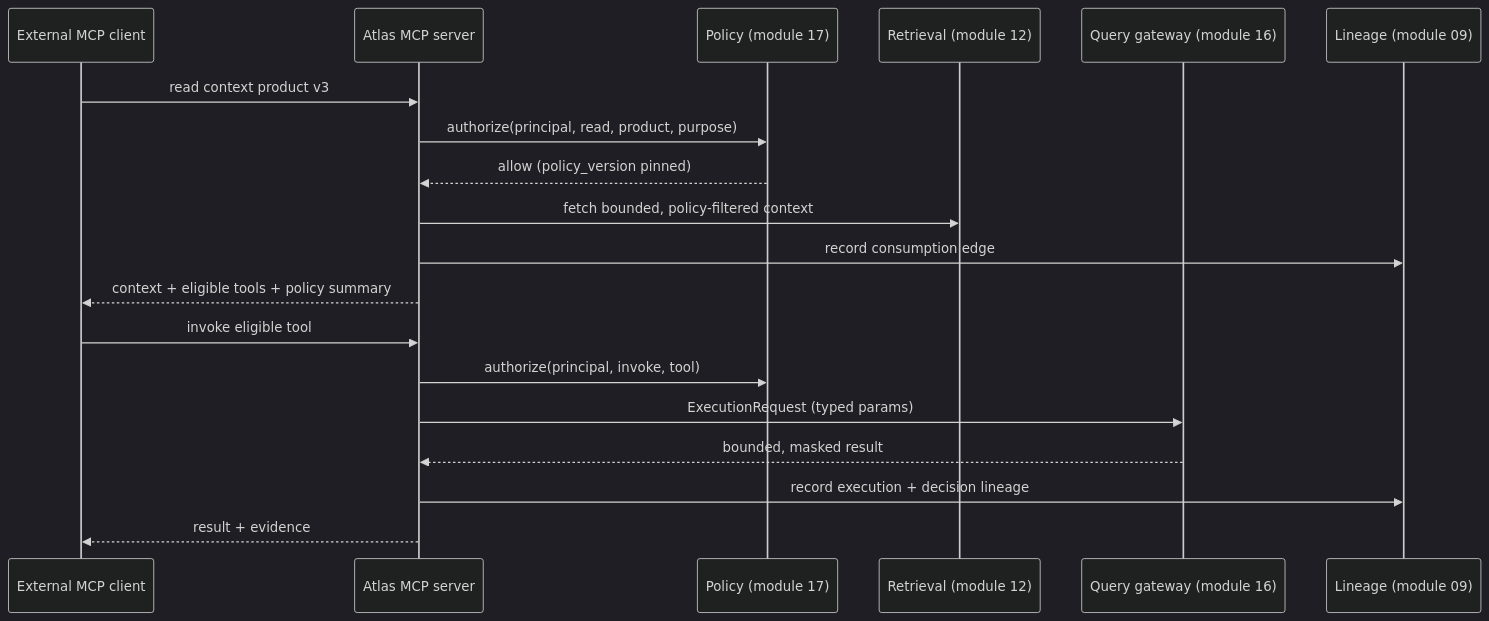
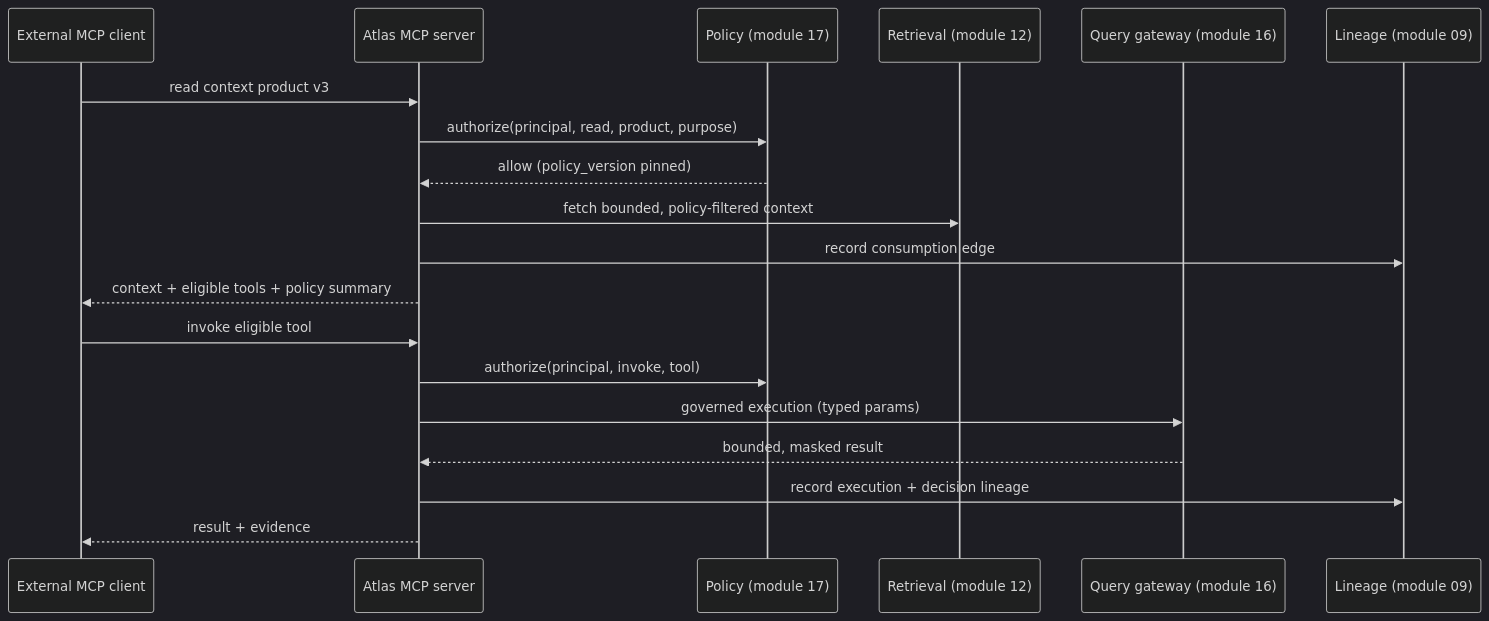
Before and after one commit to karuppusamym/AIDataAnalyst: the diagram in Docs/20-modules/19-context-products-and-mcp.md, drawn with Mermaid (dark theme). The commit also changed other lines of this file and 67 other files, not shown here.

````diff
--- a/Docs/20-modules/19-context-products-and-mcp.md
+++ b/Docs/20-modules/19-context-products-and-mcp.md
@@ -64,23 +66,23 @@
 ```mermaid
 sequenceDiagram
     participant C as External MCP client
     participant M as Atlas MCP server
     participant P as Policy (module 17)
     participant R as Retrieval (module 12)
     participant Q as Query gateway (module 16)
     participant L as Lineage (module 09)
 
     C->>M: read context product v3
     M->>P: authorize(principal, read, product, purpose)
     P-->>M: allow (policy_version pinned)
     M->>R: fetch bounded, policy-filtered context
     M->>L: record consumption edge
     M-->>C: context + eligible tools + policy summary
 
     C->>M: invoke eligible tool
     M->>P: authorize(principal, invoke, tool)
-    M->>Q: ExecutionRequest (typed params)
+    M->>Q: governed execution (typed params)
     Q-->>M: bounded, masked result
     M->>L: record execution + decision lineage
     M-->>C: result + evidence
 ```
````
